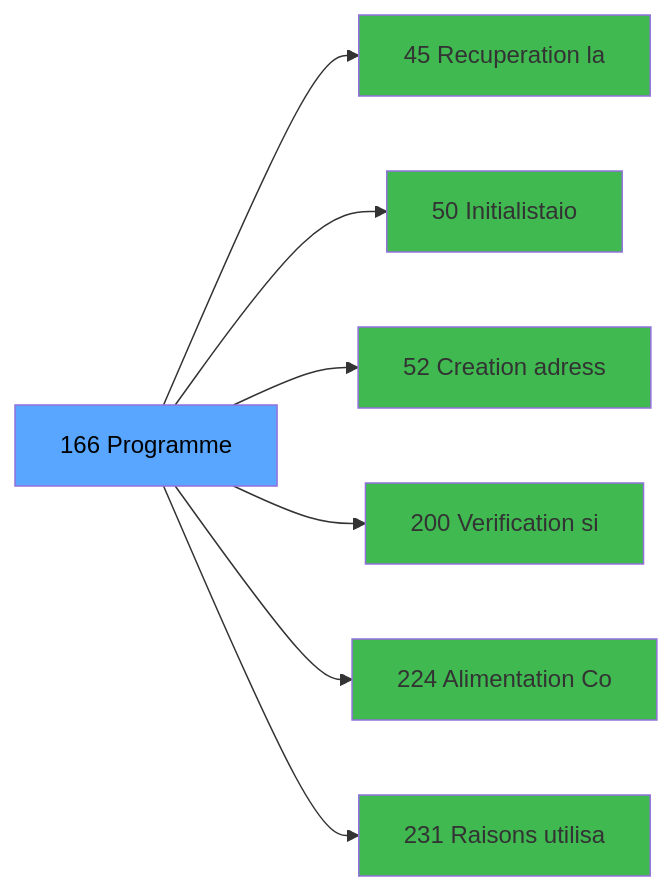
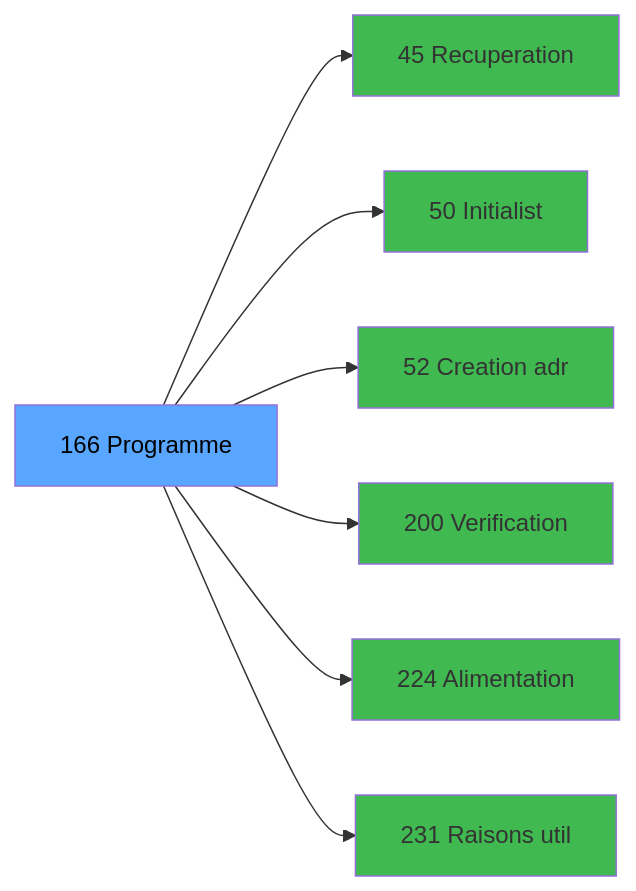
The third of 3 diagrams in .openspec/specs/ADH-IDE-166.md (thonyAGP/magic-migration), drawn with Mermaid before and after one commit. The commit also changed other lines of this file and 323 other files, not shown here.

````diff
--- a/.openspec/specs/ADH-IDE-166.md
+++ b/.openspec/specs/ADH-IDE-166.md
@@ -132,23 +172,23 @@
 ```mermaid
 graph LR
     T[166 Programme]
-    C45[45 Recuperation la]
+    C45[45 Recuperation]
     T --> C45
-    C50[50   Initialistaio]
+    C50[50   Initialist]
     T --> C50
-    C52[52 Creation adress]
+    C52[52 Creation adr]
     T --> C52
-    C200[200 Verification si]
+    C200[200 Verification]
     T --> C200
-    C224[224 Alimentation Co]
+    C224[224 Alimentation]
     T --> C224
-    C231[231 Raisons utilisa]
+    C231[231 Raisons util]
     T --> C231
     style T fill:#58a6ff,color:#000
     style C45 fill:#3fb950
     style C50 fill:#3fb950
     style C52 fill:#3fb950
     style C200 fill:#3fb950
     style C224 fill:#3fb950
     style C231 fill:#3fb950
 ```
````
